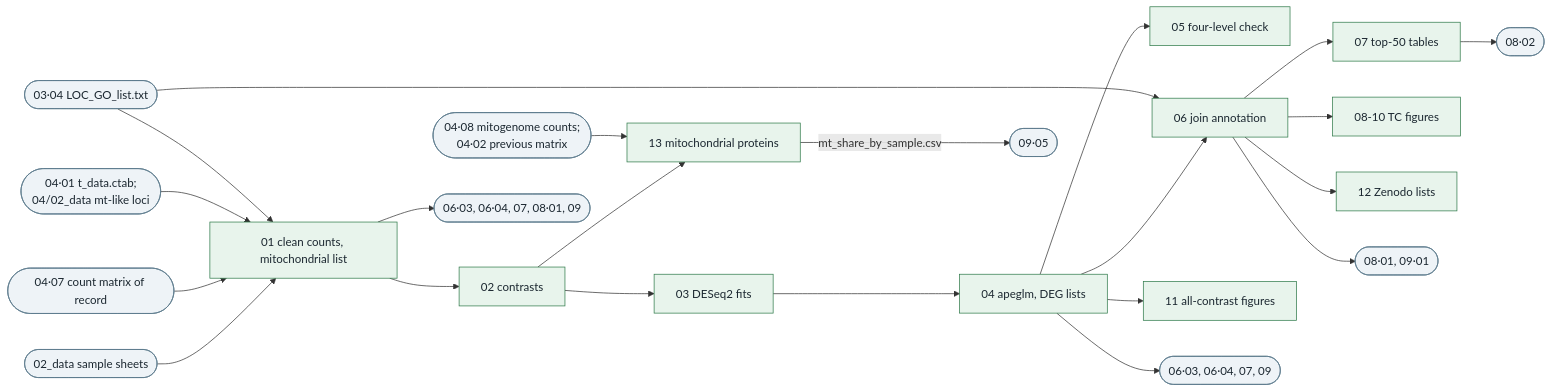
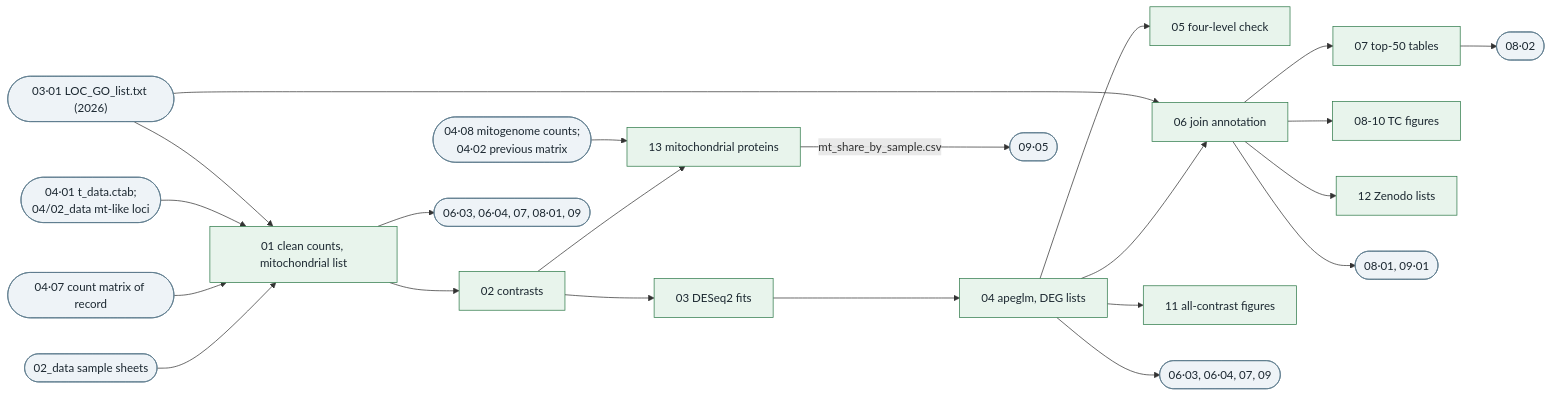
One commit to mattgeorgephd/PSMFC-mytilus-byssus-pilot changed the fifth of 9 diagrams in README.md. Above: the diagram before and after it, drawn with Mermaid. The commit also changed other lines of this file and 24 other files, not shown here.

````diff
--- a/README.md
+++ b/README.md
@@ -327,42 +331,42 @@
 ```mermaid
 flowchart LR
   sh(["02_data sample sheets"])
   a4(["04·07 count matrix of record"])
   a1(["04·01 t_data.ctab;<br>04/02_data mt-like loci"])
-  b1(["03·04 LOC_GO_list.txt"])
+  b1(["03·01 LOC_GO_list.txt (2026)"])
   d1["01 clean counts, mitochondrial list"]
   d2["02 contrasts"]
   d3["03 DESeq2 fits"]
   d4["04 apeglm, DEG lists"]
   d5["05 four-level check"]
   d6["06 join annotation"]
   d7["07 top-50 tables"]
   d8["08-10 TC figures"]
   d11["11 all-contrast figures"]
   d12["12 Zenodo lists"]
   d13["13 mitochondrial proteins"]
   a5(["04·08 mitogenome counts;<br>04·02 previous matrix"])
   sh --> d1
   a4 --> d1
   a1 --> d1
   b1 --> d1
   d1 --> d2 --> d3 --> d4
   d4 --> d5
   d4 --> d6
   b1 --> d6
   d6 --> d7
   d6 --> d8
   d6 --> d12
   d4 --> d11
   d2 --> d13
   a5 --> d13
   d1 --> r1(["06·03, 06·04, 07, 08·01, 09"])
   d4 --> r2(["06·03, 06·04, 07, 09"])
   d6 --> r3(["08·01, 09·01"])
   d7 --> r4(["08·02"])
   d13 -- "mt_share_by_sample.csv" --> r5(["09·05"])
   classDef ext fill:#eef3f7,stroke:#5b7a8c,color:#1b2730
   classDef run fill:#e8f4ec,stroke:#2f7a4a,color:#1b2730
   class a4,a1,b1,sh,a5,r1,r2,r3,r4,r5 ext
   class d1,d2,d3,d4,d5,d6,d7,d8,d11,d12,d13 run
 ```
````
